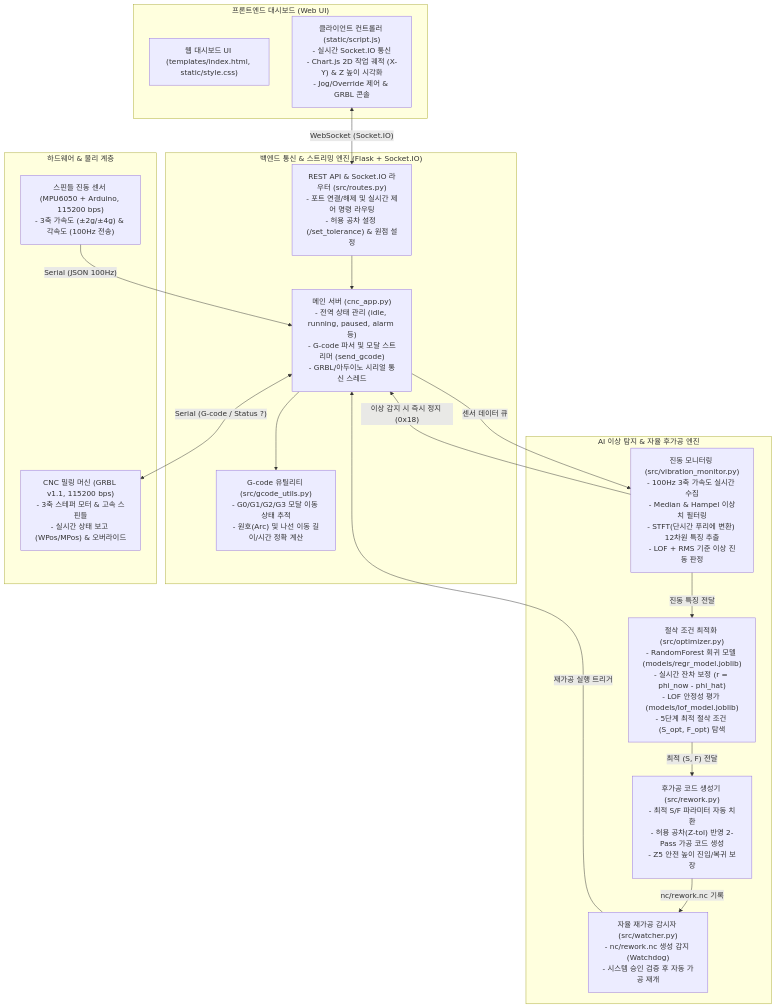
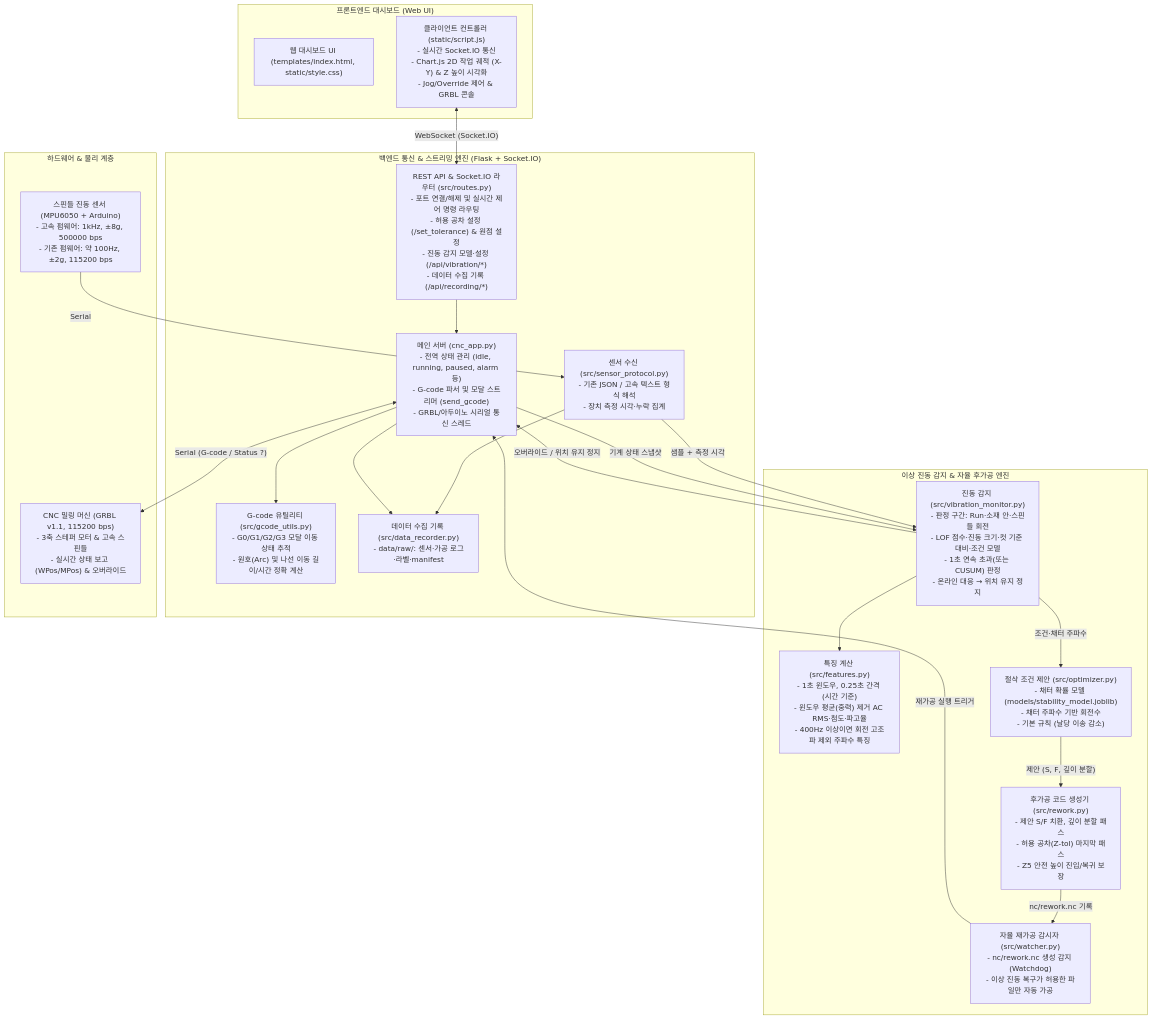
The first of 3 diagrams in README.md (OrcusExtreme/VibraLoop), drawn with Mermaid before and after one commit. The commit also changed other lines of this file and 37 other files, not shown here.

````diff
--- a/README.md
+++ b/README.md
@@ -12,37 +14,44 @@
 ```mermaid
 flowchart TB
     subgraph Frontend ["프론트엔드 대시보드 (Web UI)"]
         UI["웹 대시보드 UI (templates/index.html, static/style.css)"]
         JS["클라이언트 컨트롤러 (static/script.js)\n- 실시간 Socket.IO 통신\n- Chart.js 2D 작업 궤적 (X-Y) & Z 높이 시각화\n- Jog/Override 제어 & GRBL 콘솔"]
     end
 
     subgraph Backend ["백엔드 통신 & 스트리밍 엔진 (Flask + Socket.IO)"]
         App["메인 서버 (cnc_app.py)\n- 전역 상태 관리 (idle, running, paused, alarm 등)\n- G-code 파서 및 모달 스트리머 (send_gcode)\n- GRBL/아두이노 시리얼 통신 스레드"]
-        Routes["REST API & Socket.IO 라우터 (src/routes.py)\n- 포트 연결/해제 및 실시간 제어 명령 라우팅\n- 허용 공차 설정 (/set_tolerance) & 원점 설정"]
+        Routes["REST API & Socket.IO 라우터 (src/routes.py)\n- 포트 연결/해제 및 실시간 제어 명령 라우팅\n- 허용 공차 설정 (/set_tolerance) & 원점 설정\n- 진동 감지 모델·설정 (/api/vibration/*)\n- 데이터 수집 기록 (/api/recording/*)"]
         GCodeUtil["G-code 유틸리티 (src/gcode_utils.py)\n- G0/G1/G2/G3 모달 이동 상태 추적\n- 원호(Arc) 및 나선 이동 길이/시간 정확 계산"]
+        Sensor["센서 수신 (src/sensor_protocol.py)\n- 기존 JSON / 고속 텍스트 형식 해석\n- 장치 측정 시각·누락 집계"]
+        Rec["데이터 수집 기록 (src/data_recorder.py)\n- data/raw/: 센서·가공 로그·라벨·manifest"]
     end
 
-    subgraph Intelligence ["AI 이상 탐지 & 자율 후가공 엔진"]
-        VMon["진동 모니터링 (src/vibration_monitor.py)\n- 100Hz 3축 가속도 실시간 수집\n- Median & Hampel 이상치 필터링\n- STFT(단시간 푸리에 변환) 12차원 특징 추출\n- LOF + RMS 기준 이상 진동 판정"]
-        Opt["절삭 조건 최적화 (src/optimizer.py)\n- RandomForest 회귀 모델 (models/regr_model.joblib)\n- 실시간 잔차 보정 (r = phi_now - phi_hat)\n- LOF 안정성 평가 (models/lof_model.joblib)\n- 5단계 최적 절삭 조건 (S_opt, F_opt) 탐색"]
-        Rework["후가공 코드 생성기 (src/rework.py)\n- 최적 S/F 파라미터 자동 치환\n- 허용 공차(Z-tol) 반영 2-Pass 가공 코드 생성\n- Z5 안전 높이 진입/복귀 보장"]
-        Watcher["자율 재가공 감시자 (src/watcher.py)\n- nc/rework.nc 생성 감지 (Watchdog)\n- 시스템 승인 검증 후 자동 가공 재개"]
+    subgraph Intelligence ["이상 진동 감지 & 자율 후가공 엔진"]
+        Feat["특징 계산 (src/features.py)\n- 1초 윈도우, 0.25초 간격 (시간 기준)\n- 윈도우 평균(중력) 제거 AC RMS·첨도·파고율\n- 400Hz 이상이면 회전 고조파 제외 주파수 특징"]
+        VMon["진동 감지 (src/vibration_monitor.py)\n- 판정 구간: Run·소재 안·스핀들 회전\n- LOF 점수·진동 크기·컷 기준 대비·조건 모델\n- 1초 연속 초과(또는 CUSUM) 판정\n- 온라인 대응 → 위치 유지 정지"]
+        Opt["절삭 조건 제안 (src/optimizer.py)\n- 채터 확률 모델 (models/stability_model.joblib)\n- 채터 주파수 기반 회전수\n- 기본 규칙 (날당 이송 감소)"]
+        Rework["후가공 코드 생성기 (src/rework.py)\n- 제안 S/F 치환, 깊이 분할 패스\n- 허용 공차(Z-tol) 마지막 패스\n- Z5 안전 높이 진입/복귀 보장"]
+        Watcher["자율 재가공 감시자 (src/watcher.py)\n- nc/rework.nc 생성 감지 (Watchdog)\n- 이상 진동 복구가 허용한 파일만 자동 가공"]
     end
 
     subgraph Hardware ["하드웨어 & 물리 계층"]
         GRBL["CNC 밀링 머신 (GRBL v1.1, 115200 bps)\n- 3축 스테퍼 모터 & 고속 스핀들\n- 실시간 상태 보고 (WPos/MPos) & 오버라이드"]
-        Arduino["스핀들 진동 센서 (MPU6050 + Arduino, 115200 bps)\n- 3축 가속도 (±2g/±4g) & 각속도 (100Hz 전송)"]
+        Arduino["스핀들 진동 센서 (MPU6050 + Arduino)\n- 고속 펌웨어: 1kHz, ±8g, 500000 bps\n- 기존 펌웨어: 약 100Hz, ±2g, 115200 bps"]
     end
 
     JS <-->|"WebSocket (Socket.IO)"| Routes
     Routes --> App
     App --> GCodeUtil
     App <-->|"Serial (G-code / Status ?)"| GRBL
-    Arduino -->|"Serial (JSON 100Hz)"| App
-    App -->|"센서 데이터 큐"| VMon
-    VMon -->|"이상 감지 시 즉시 정지 (0x18)"| App
-    VMon -->|"진동 특징 전달"| Opt
-    Opt -->|"최적 (S, F) 전달"| Rework
+    Arduino -->|"Serial"| Sensor
+    Sensor -->|"샘플 + 측정 시각"| VMon
+    Sensor --> Rec
+    App -->|"기계 상태 스냅샷"| VMon
+    App --> Rec
+    VMon --> Feat
+    VMon -->|"오버라이드 / 위치 유지 정지"| App
+    VMon -->|"조건·채터 주파수"| Opt
+    Opt -->|"제안 (S, F, 깊이 분할)"| Rework
     Rework -->|"nc/rework.nc 기록"| Watcher
     Watcher -->|"재가공 실행 트리거"| App
 ```
````
